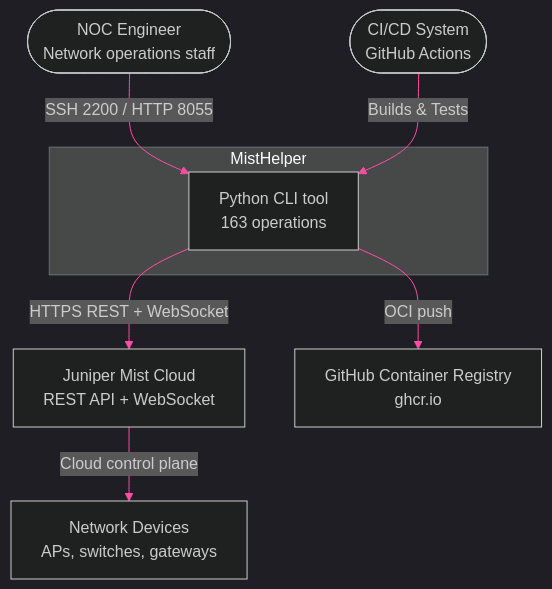
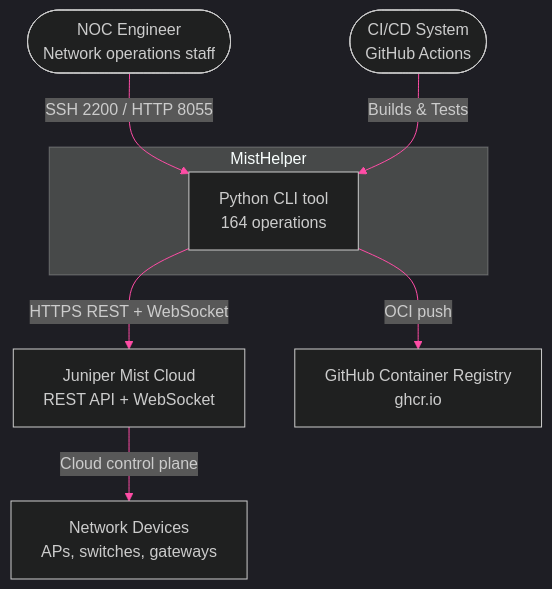
Before and after one commit to jmorrison-juniper/MistHelper: the first of 2 diagrams in documentation/diagrams/core/architecture-overview.md, drawn with Mermaid. The commit also changed other lines of this file and 44 other files, not shown here.

````diff
--- a/documentation/diagrams/core/architecture-overview.md
+++ b/documentation/diagrams/core/architecture-overview.md
@@ -11,28 +11,28 @@
 ```mermaid
 %%{init: {'theme': 'dark', 'themeVariables': {
   'primaryColor': '#E20074',
   'primaryTextColor': '#E0E0E0',
   'primaryBorderColor': '#99004D',
   'lineColor': '#FF4DA6',
   'secondaryColor': '#16213E',
   'tertiaryColor': '#1A1A2E',
   'fontFamily': 'ui-monospace, monospace'
 }}}%%
 flowchart TB
     noc_engineer(["NOC Engineer<br/>Network operations staff"])
     ci_system(["CI/CD System<br/>GitHub Actions"])
 
     subgraph misthelper["MistHelper"]
-        mh["Python CLI tool<br/>163 operations"]
+        mh["Python CLI tool<br/>164 operations"]
     end
 
     mist_cloud["Juniper Mist Cloud<br/>REST API + WebSocket"]
     ghcr["GitHub Container Registry<br/>ghcr.io"]
     network_devices["Network Devices<br/>APs, switches, gateways"]
 
     noc_engineer -->|"SSH 2200 / HTTP 8055"| mh
     ci_system -->|"Builds & Tests"| mh
     mh -->|"HTTPS REST + WebSocket"| mist_cloud
     mh -->|"OCI push"| ghcr
     mist_cloud -->|"Cloud control plane"| network_devices
 ```
````
